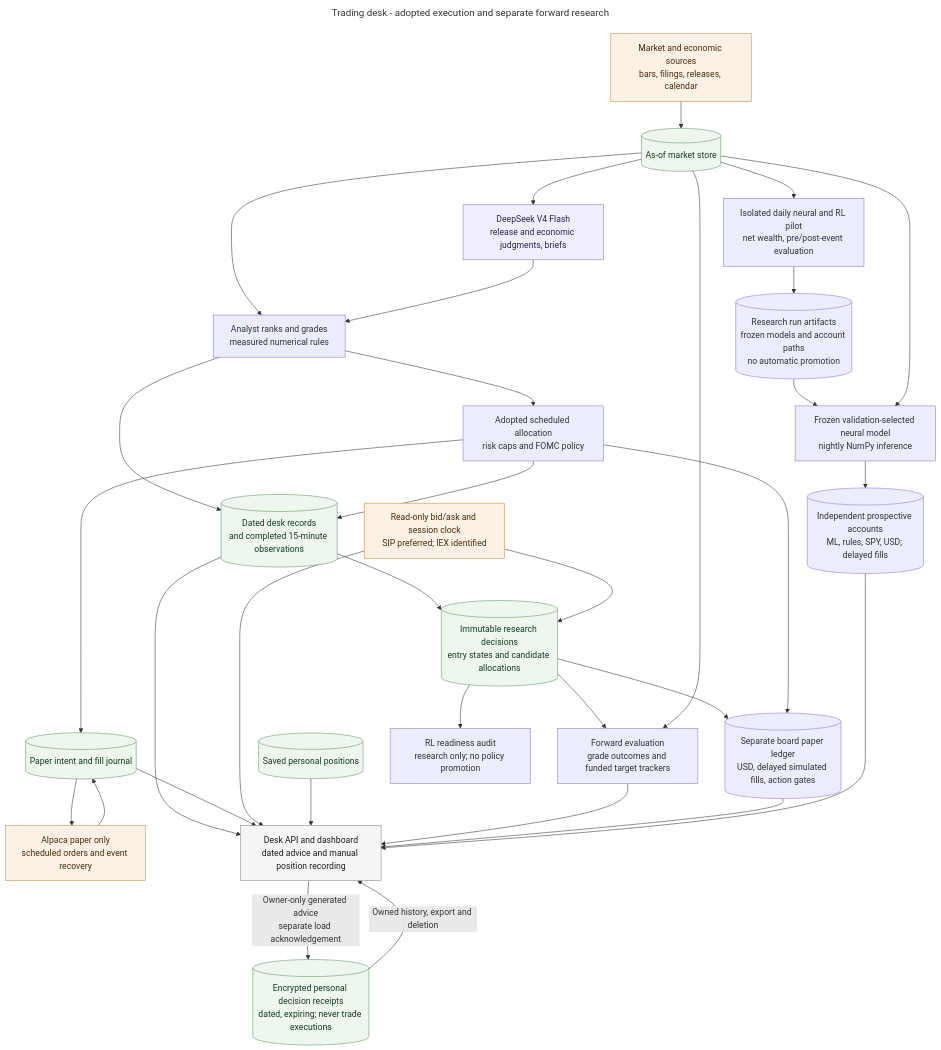
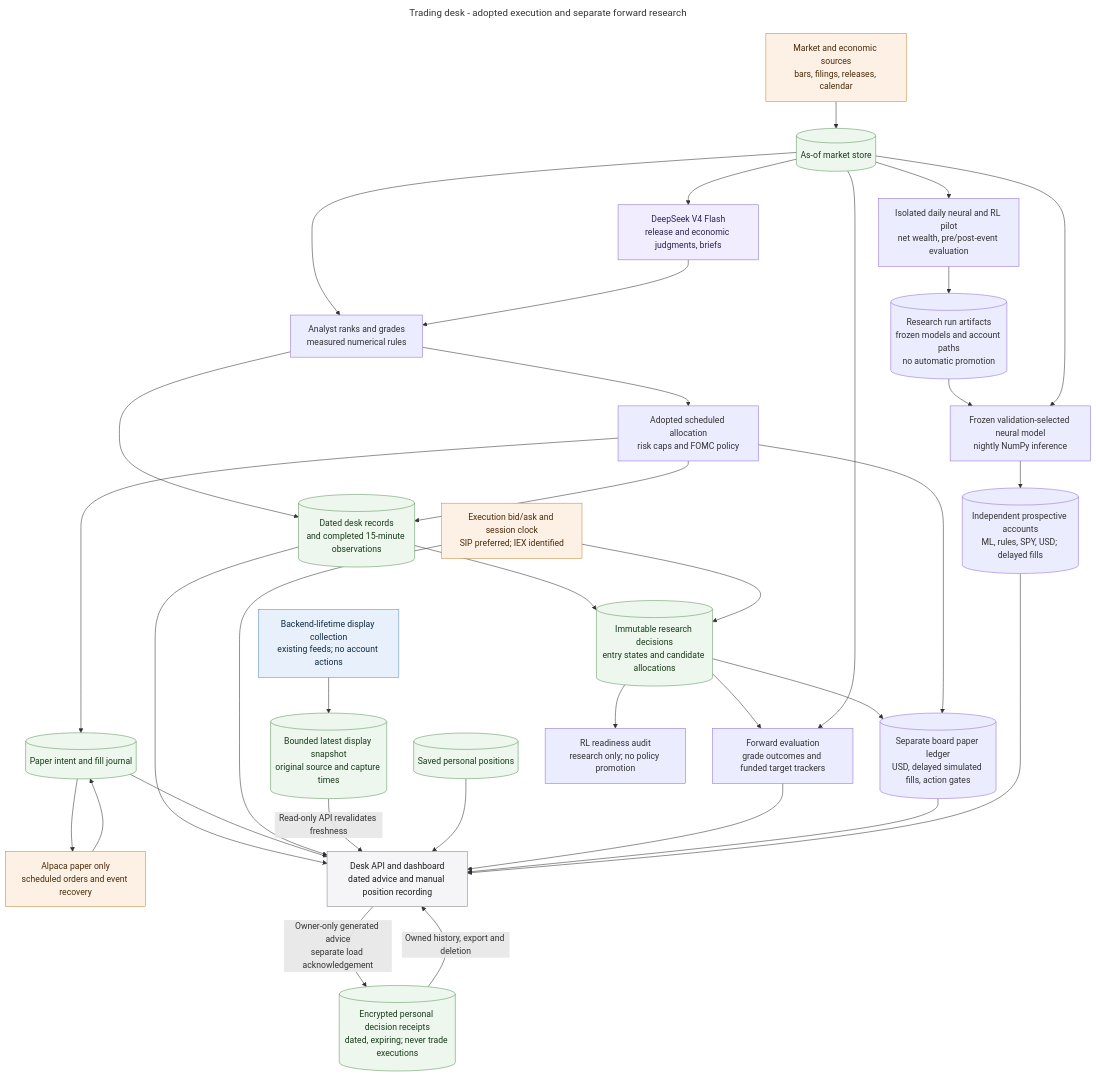
Before and after one commit to MallyaAni/PersonalAssistant: the diagram in docs/diagrams/agent-trading-desk.mmd, drawn with Mermaid. The commit also changed 33 other files, not shown here.

Commit message:
Collect desk display quotes independently of browser requests

```diff
--- a/docs/diagrams/agent-trading-desk.mmd
+++ b/docs/diagrams/agent-trading-desk.mmd
@@ -1,44 +1,48 @@
 ---
 title: Trading desk - adopted execution and separate forward research
 ---
 flowchart TB
     Providers[Market and economic sources<br/>bars, filings, releases, calendar] --> Store[(As-of market store)]
     Store --> Models[DeepSeek V4 Flash<br/>release and economic judgments, briefs]
     Store --> Grades[Analyst ranks and grades<br/>measured numerical rules]
     Models --> Grades
     Grades --> Plan[Adopted scheduled allocation<br/>risk caps and FOMC policy]
     Plan --> Journal[(Paper intent and fill journal)]
     Journal --> Broker[Alpaca paper only<br/>scheduled orders and event recovery]
     Broker --> Journal
     Grades --> Records[(Dated desk records<br/>and completed 15-minute observations)]
     Plan --> Records
     Records --> View[Desk API and dashboard<br/>dated advice and manual position recording]
     Journal --> View
-    Quotes[Read-only bid/ask and session clock<br/>SIP preferred; IEX identified] --> View
+    Quotes[Execution bid/ask and session clock<br/>SIP preferred; IEX identified] --> View
+    DisplayCollector[Backend-lifetime display collection<br/>existing feeds; no account actions] --> DisplaySnapshot[(Bounded latest display snapshot<br/>original source and capture times)]
+    DisplaySnapshot -->|Read-only API revalidates freshness| View
     Holdings[(Saved personal positions)] --> View
     View -->|Owner-only generated advice<br/>separate load acknowledgement| PersonalHistory[(Encrypted personal decision receipts<br/>dated, expiring; never trade executions)]
     PersonalHistory -->|Owned history, export and deletion| View
     Records --> Research[(Immutable research decisions<br/>entry states and candidate allocations)]
     Quotes --> Research
     Research --> Evidence[Forward evaluation<br/>grade outcomes and funded target trackers]
     Store --> Evidence
     Evidence --> View
     Research --> Shadow[(Separate board paper ledger<br/>USD, delayed simulated fills, action gates)]
     Plan --> Shadow
     Shadow --> View
     Research --> Audit[RL readiness audit<br/>research only; no policy promotion]
     Store --> Pilot[Isolated daily neural and RL pilot<br/>net wealth, pre/post-event evaluation]
     Pilot --> Artifacts[(Research run artifacts<br/>frozen models and account paths<br/>no automatic promotion)]
     Artifacts --> Frozen[Frozen validation-selected neural model<br/>nightly NumPy inference]
     Store --> Frozen
     Frozen --> MLForward[(Independent prospective accounts<br/>ML, rules, SPY, USD; delayed fills)]
     MLForward --> View
 
     classDef data fill:#eef7ee,stroke:#5f9562,color:#183b1b;
     classDef external fill:#fdf1e6,stroke:#c98a3d,color:#4a2c0a;
     classDef model fill:#f1edff,stroke:#8872c6,color:#2e2450;
     classDef interface fill:#f5f5f7,stroke:#86868b,color:#1d1d1f;
-    class Store,Journal,Records,Holdings,Research,PersonalHistory data;
+    classDef application fill:#e8f1fb,stroke:#5e8fc4,color:#102a43;
+    class Store,Journal,Records,Holdings,Research,PersonalHistory,DisplaySnapshot data;
     class Providers,Broker,Quotes external;
     class Models model;
     class View interface;
+    class DisplayCollector application;
```
